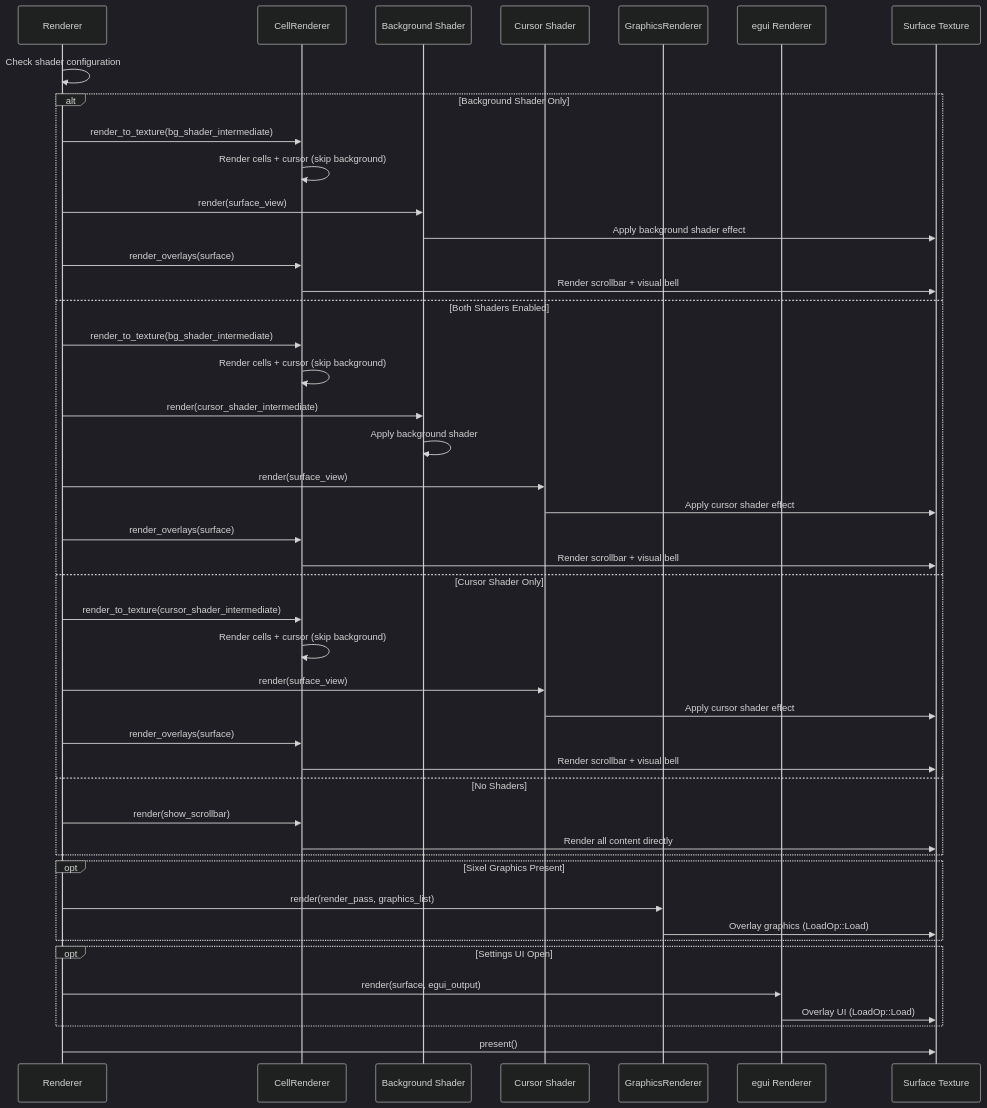
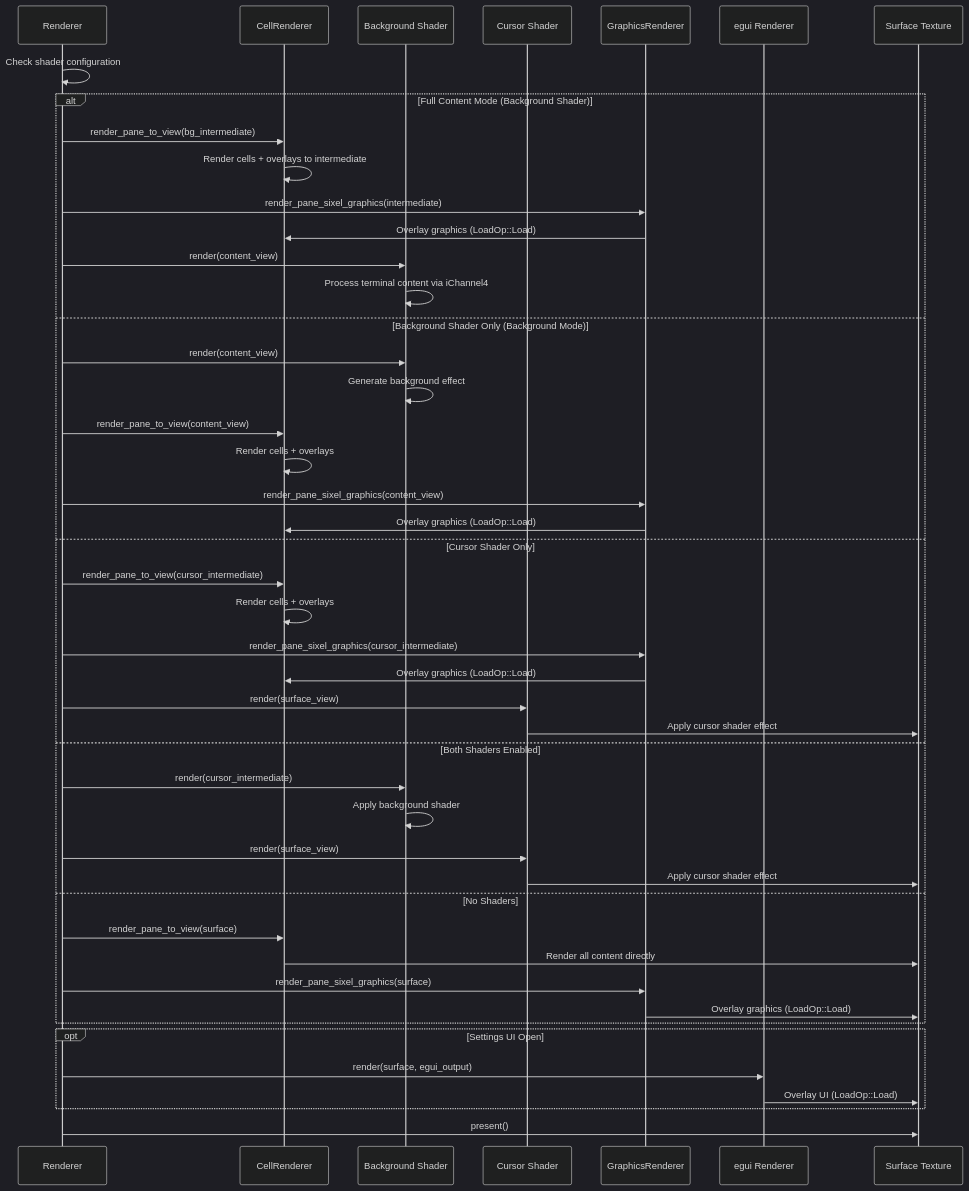
Before and after one commit to paulrobello/par-term: the second of 5 diagrams in docs/COMPOSITOR.md, drawn with Mermaid (dark theme). The commit also changed other lines of this file and 43 other files, not shown here.

````diff
--- a/docs/COMPOSITOR.md
+++ b/docs/COMPOSITOR.md
@@ -86,52 +86,52 @@
 ```mermaid
 sequenceDiagram
     participant Renderer as Renderer
     participant CR as CellRenderer
     participant BSR as Background Shader
     participant CSR as Cursor Shader
     participant GR as GraphicsRenderer
     participant Egui as egui Renderer
     participant Surface as Surface Texture
 
     Renderer->>Renderer: Check shader configuration
 
-    alt Background Shader Only
-        Renderer->>CR: render_to_texture(bg_shader_intermediate)
-        CR->>CR: Render cells + cursor (skip background)
-        Renderer->>BSR: render(surface_view)
-        BSR->>Surface: Apply background shader effect
-        Renderer->>CR: render_overlays(surface)
-        CR->>Surface: Render scrollbar + visual bell
+    alt Full Content Mode (Background Shader)
+        Renderer->>CR: render_pane_to_view(bg_intermediate)
+        CR->>CR: Render cells + overlays to intermediate
+        Renderer->>GR: render_pane_sixel_graphics(intermediate)
+        GR->>CR: Overlay graphics (LoadOp::Load)
+        Renderer->>BSR: render(content_view)
+        BSR->>BSR: Process terminal content via iChannel4
+    else Background Shader Only (Background Mode)
+        Renderer->>BSR: render(content_view)
+        BSR->>BSR: Generate background effect
+        Renderer->>CR: render_pane_to_view(content_view)
+        CR->>CR: Render cells + overlays
+        Renderer->>GR: render_pane_sixel_graphics(content_view)
+        GR->>CR: Overlay graphics (LoadOp::Load)
+    else Cursor Shader Only
+        Renderer->>CR: render_pane_to_view(cursor_intermediate)
+        CR->>CR: Render cells + overlays
+        Renderer->>GR: render_pane_sixel_graphics(cursor_intermediate)
+        GR->>CR: Overlay graphics (LoadOp::Load)
+        Renderer->>CSR: render(surface_view)
+        CSR->>Surface: Apply cursor shader effect
     else Both Shaders Enabled
-        Renderer->>CR: render_to_texture(bg_shader_intermediate)
-        CR->>CR: Render cells + cursor (skip background)
-        Renderer->>BSR: render(cursor_shader_intermediate)
+        Renderer->>BSR: render(cursor_intermediate)
         BSR->>BSR: Apply background shader
         Renderer->>CSR: render(surface_view)
         CSR->>Surface: Apply cursor shader effect
-        Renderer->>CR: render_overlays(surface)
-        CR->>Surface: Render scrollbar + visual bell
-    else Cursor Shader Only
-        Renderer->>CR: render_to_texture(cursor_shader_intermediate)
-        CR->>CR: Render cells + cursor (skip background)
-        Renderer->>CSR: render(surface_view)
-        CSR->>Surface: Apply cursor shader effect
-        Renderer->>CR: render_overlays(surface)
-        CR->>Surface: Render scrollbar + visual bell
     else No Shaders
-        Renderer->>CR: render(show_scrollbar)
+        Renderer->>CR: render_pane_to_view(surface)
         CR->>Surface: Render all content directly
-    end
-
-    opt Sixel Graphics Present
-        Renderer->>GR: render(render_pass, graphics_list)
+        Renderer->>GR: render_pane_sixel_graphics(surface)
         GR->>Surface: Overlay graphics (LoadOp::Load)
     end
 
     opt Settings UI Open
         Renderer->>Egui: render(surface, egui_output)
         Egui->>Surface: Overlay UI (LoadOp::Load)
     end
 
     Renderer->>Surface: present()
 ```
````
